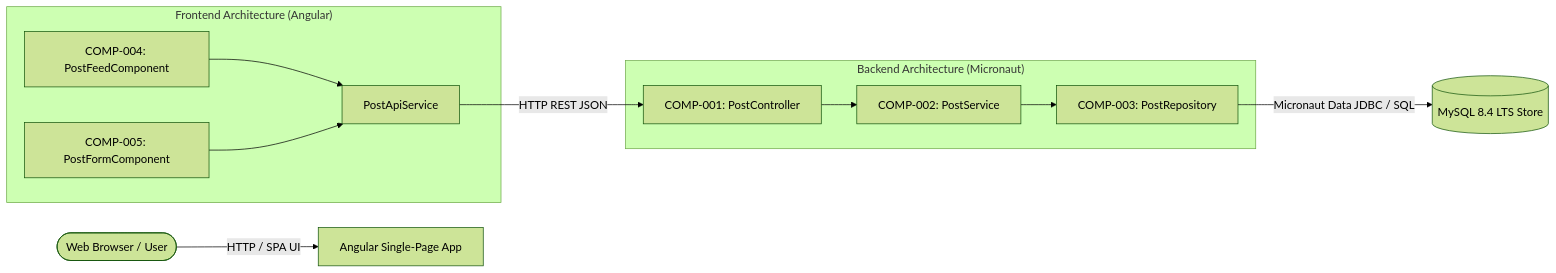
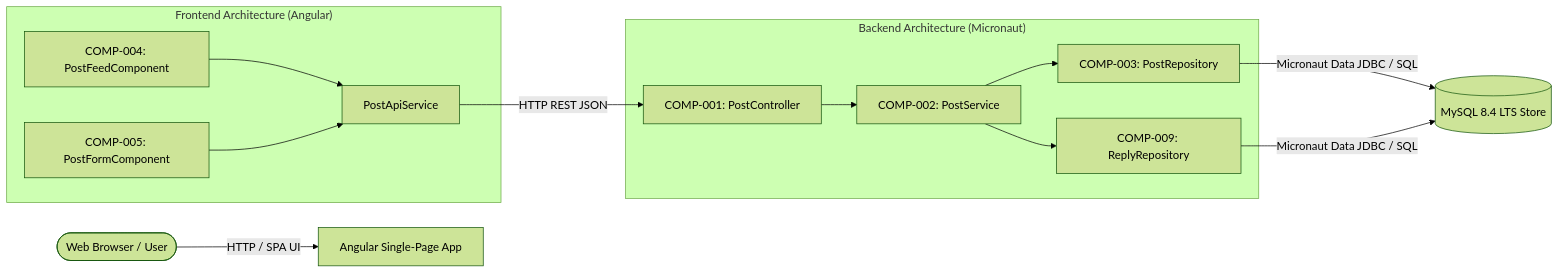
The first of 4 diagrams in docs/specs/bulletin-board/design.md (green-tea-stalk/swe-workflow-playground), drawn with Mermaid (forest theme) before and after one commit. The commit also changed other lines of this file and 5 other files, not shown here.

````diff
--- a/docs/specs/bulletin-board/design.md
+++ b/docs/specs/bulletin-board/design.md
@@ -19,20 +19,22 @@
 ```mermaid
 graph LR
     Browser([Web Browser / User]) -->|HTTP / SPA UI| Frontend[Angular Single-Page App]
     subgraph FrontendBoundary["Frontend Architecture (Angular)"]
         FeedComp[COMP-004: PostFeedComponent]
         FormComp[COMP-005: PostFormComponent]
         PostClient[PostApiService]
     end
     FeedComp --> PostClient
     FormComp --> PostClient
 
     PostClient -->|HTTP REST JSON| Controller[COMP-001: PostController]
 
     subgraph BackendBoundary["Backend Architecture (Micronaut)"]
         Controller --> Service[COMP-002: PostService]
-        Service --> Repo[COMP-003: PostRepository]
+        Service --> PostRepo[COMP-003: PostRepository]
+        Service --> ReplyRepo[COMP-009: ReplyRepository]
     end
 
-    Repo -->|Micronaut Data JDBC / SQL| DB[(MySQL 8.4 LTS Store)]
+    PostRepo -->|Micronaut Data JDBC / SQL| DB[(MySQL 8.4 LTS Store)]
+    ReplyRepo -->|Micronaut Data JDBC / SQL| DB
 ```
````
